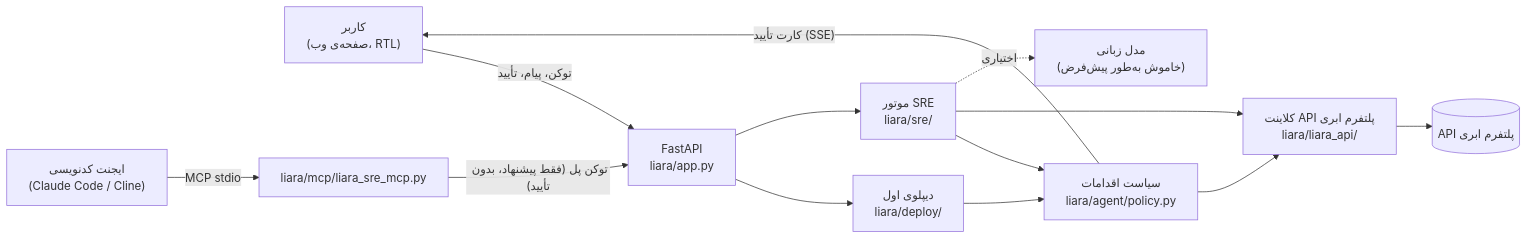
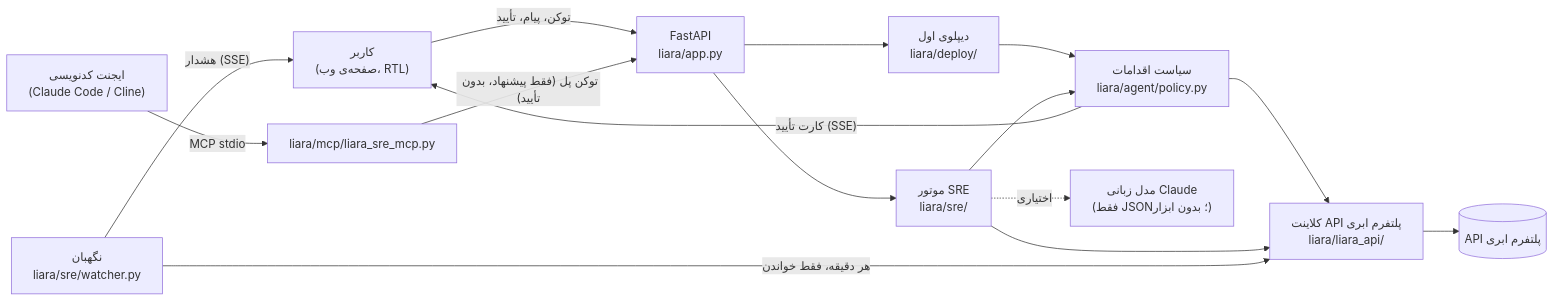
The diagram in README.md (MetaParsa/harbor), drawn with Mermaid before and after one commit. The commit also changed other lines of this file and 12 other files, not shown here.

````diff
--- a/README.md
+++ b/README.md
@@ -20,15 +36,17 @@
 ```mermaid
 flowchart LR
   U["کاربر<br/>(صفحه‌ی وب، RTL)"] -- "توکن، پیام، تأیید" --> W["FastAPI<br/>liara/app.py"]
   CA["ایجنت کدنویسی<br/>(Claude Code / Cline)"] -- "MCP stdio" --> M["liara/mcp/liara_sre_mcp.py"]
   M -- "توکن پل (فقط پیشنهاد، بدون تأیید)" --> W
   W --> D["دیپلوی اول<br/>liara/deploy/"]
   W --> S["موتور SRE<br/>liara/sre/"]
   D --> P["سیاست اقدامات<br/>liara/agent/policy.py"]
   S --> P
   P -- "کارت تأیید (SSE)" --> U
   P --> C["کلاینت API پلتفرم ابری⁤⁤⁤⁤⁤⁤⁤⁤⁤⁣<br/>liara/liara_api/"]
   S --> C
   C --> L[("API پلتفرم ابری⁤⁤⁤⁤⁤⁤⁤⁤⁤⁣")]
-  S -. "اختیاری" .-> LLM["مدل زبانی<br/>(خاموش به‌طور پیش‌فرض)"]
+  S -. "اختیاری" .-> LLM["مدل زبانی Claude<br/>(فقط JSON؛ بدون ابزار)"]
+  WT["نگهبان<br/>liara/sre/watcher.py"] -- "هر دقیقه، فقط خواندن" --> C
+  WT -- "هشدار (SSE)" --> U
 ```
````
